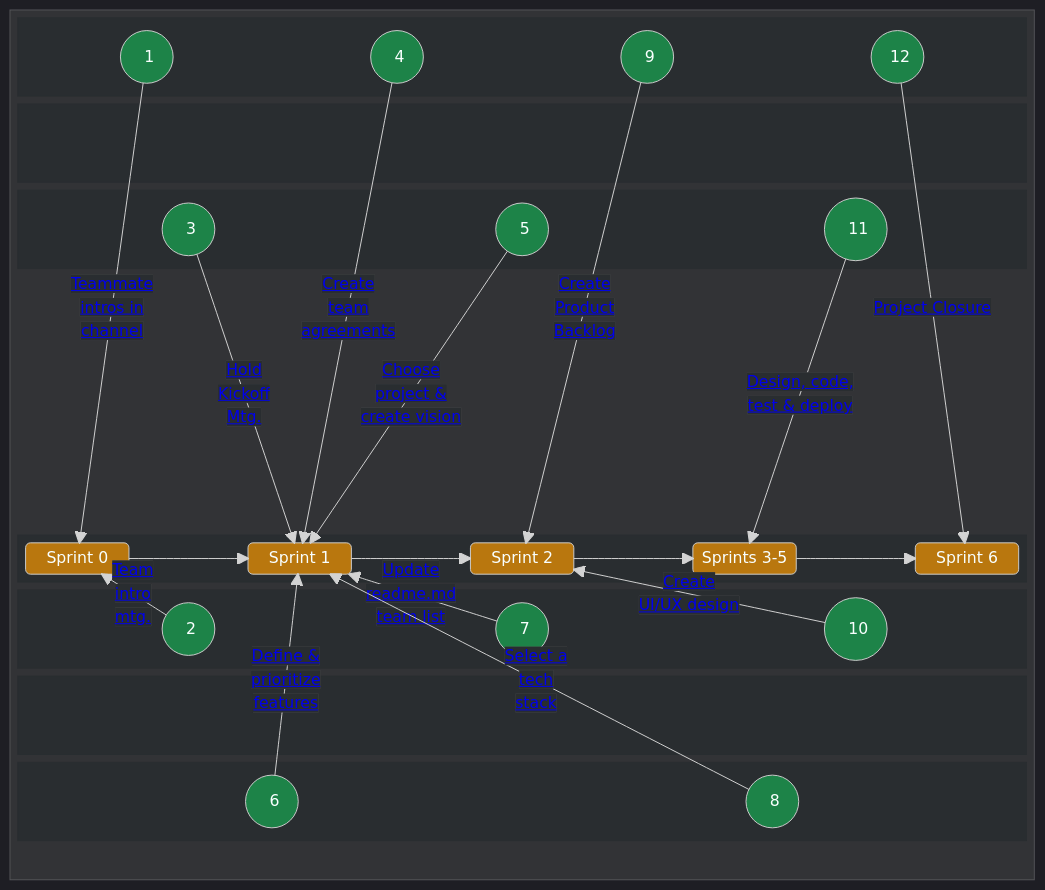
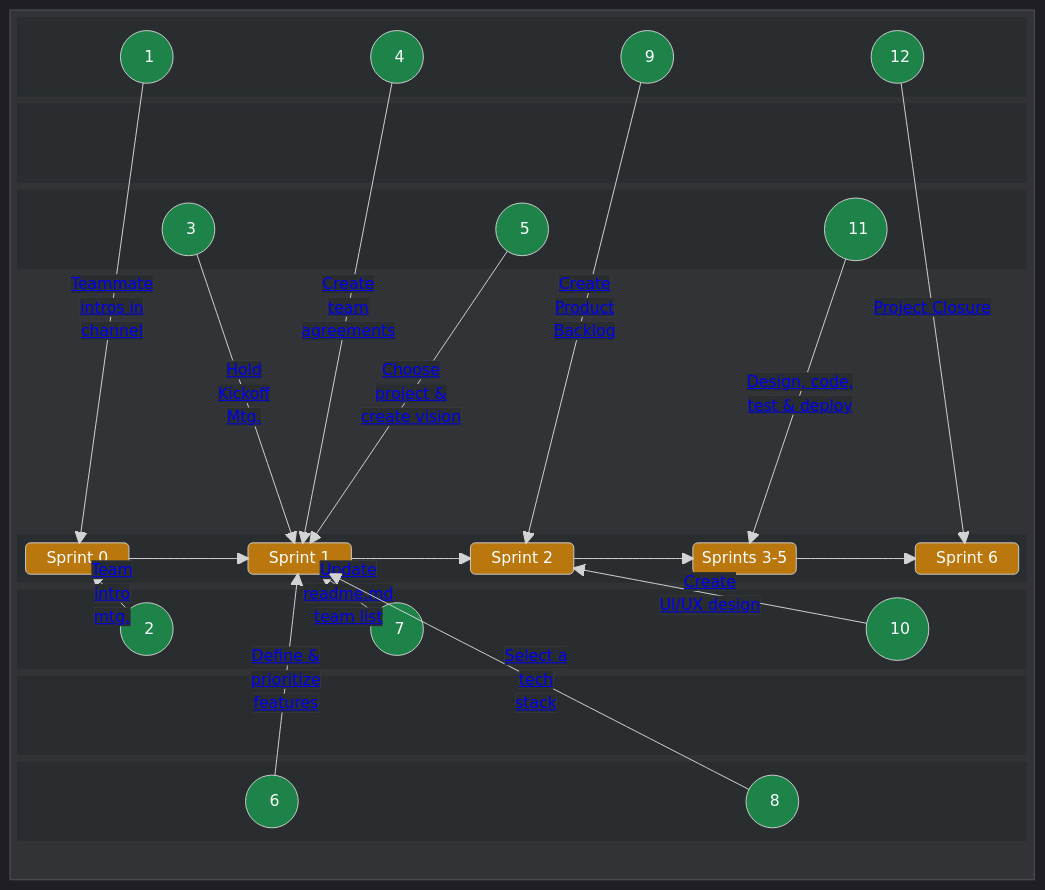
The first of 2 diagrams in docs/guides/voyage/voyage.md (chingu-voyages/Handbook), drawn with Mermaid before and after one commit.

Commit message:
Feature: Define Sprint 0 details [WIP]

```diff
--- a/docs/guides/voyage/voyage.md
+++ b/docs/guides/voyage/voyage.md
@@ -112,6 +112,7 @@
         columns 11
         A2(("&nbsp;&nbsp;&nbsp; 2 &nbsp;&nbsp;"))
         A7(("&nbsp;&nbsp;&nbsp; 7 &nbsp;&nbsp;"))
+        space
         A10(("&nbsp;&nbsp;&nbsp; 10 &nbsp;&nbsp;")) 
       end
       block:BOTTOML2
```
